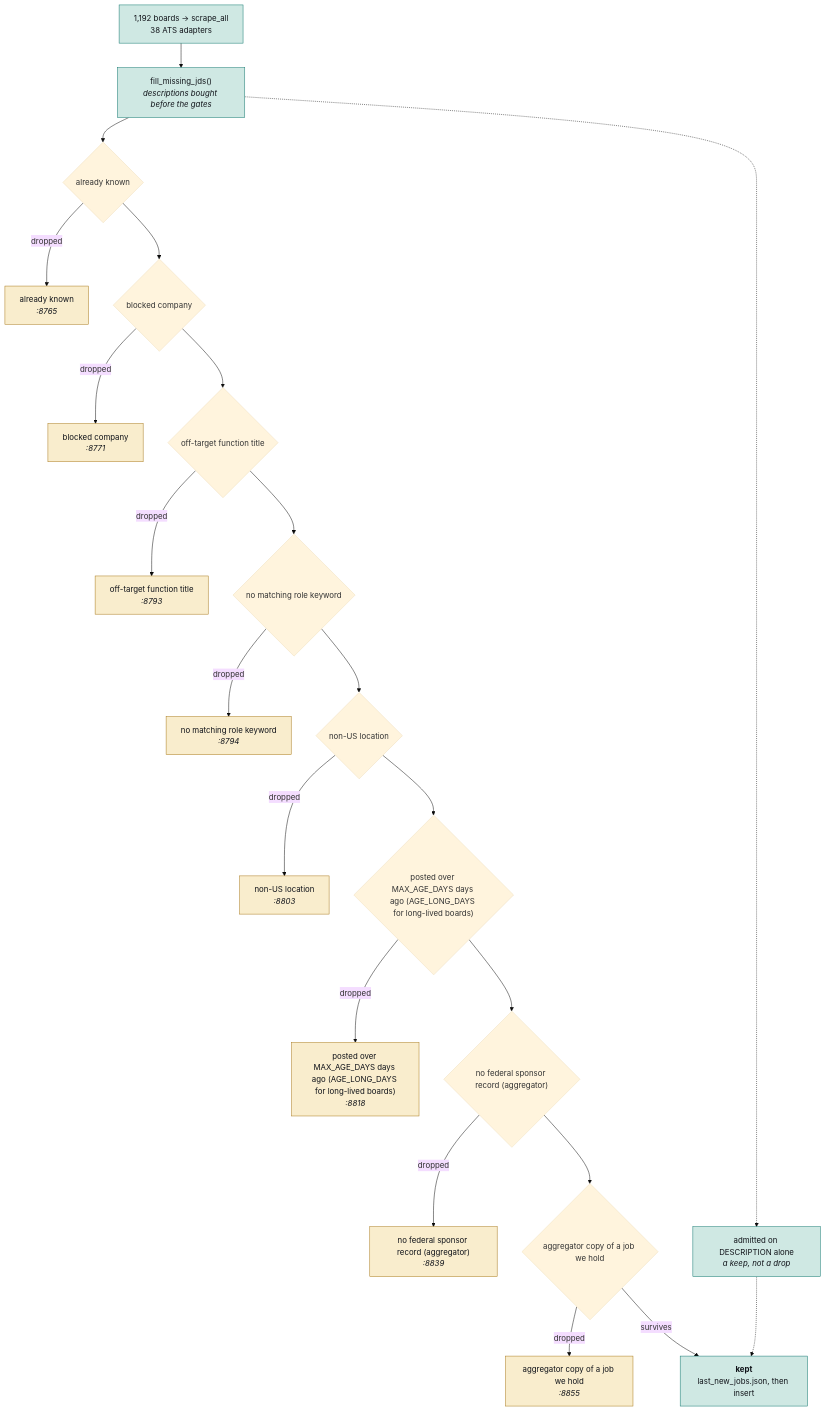
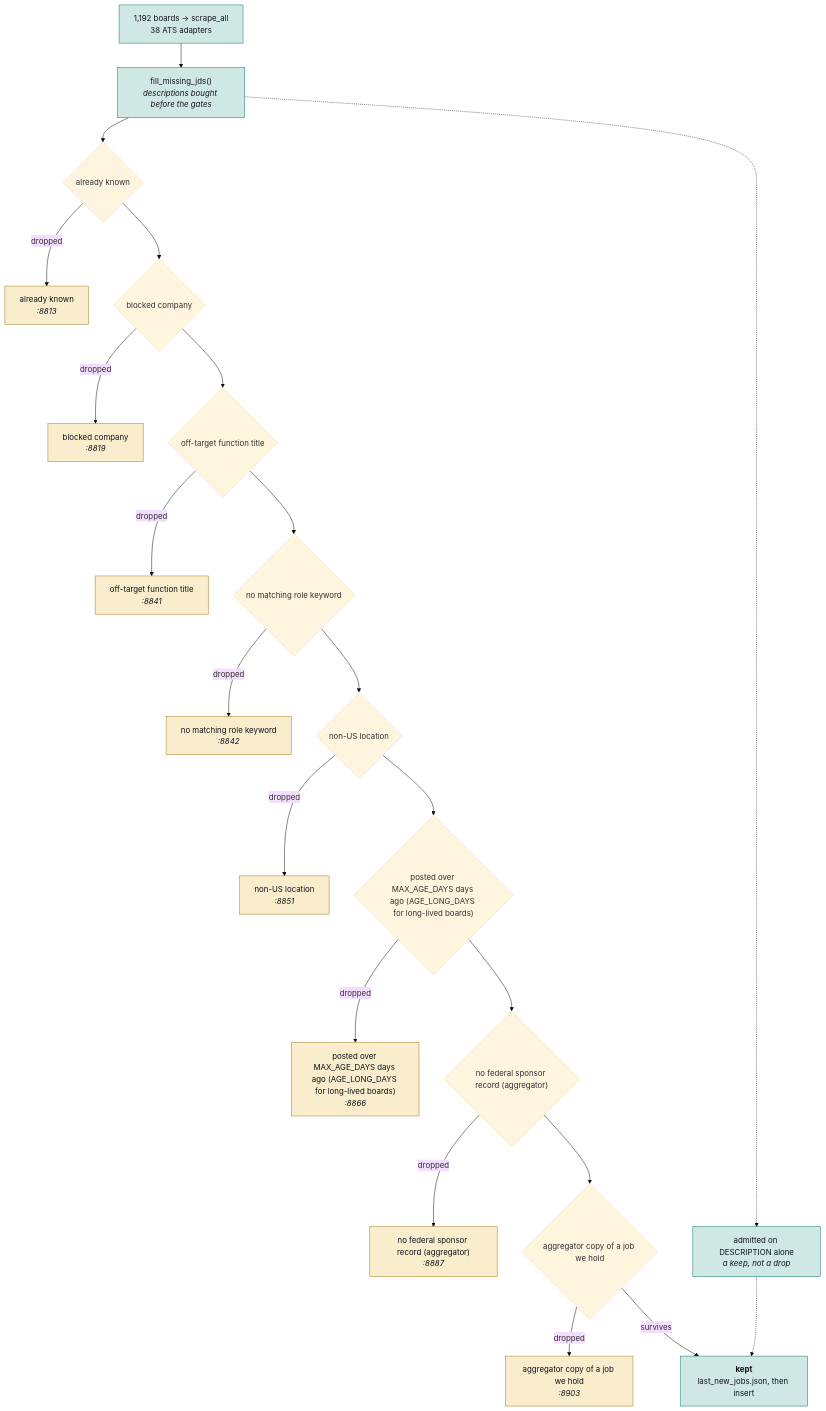
Before and after one commit to hadakunal909-debug/job-search-tool: the second of 4 diagrams in JobMatch Scraper/docs/ARCHITECTURE.md, drawn with Mermaid (base theme). The commit also changed other lines of this file and 6 other files, not shown here.

````diff
--- a/JobMatch Scraper/docs/ARCHITECTURE.md
+++ b/JobMatch Scraper/docs/ARCHITECTURE.md
@@ -106,54 +106,54 @@
 ```mermaid
 flowchart TB
   SRC["1,192 boards → scrape_all<br/>38 ATS adapters"]
   JD["fill_missing_jds()<br/><i>descriptions bought before the gates</i>"]
   SRC --> JD
   G0{"already known"}
-  D0["already known<br/><i>:8765</i>"]
+  D0["already known<br/><i>:8813</i>"]
   JD --> G0
   G0 -->|dropped| D0
   class D0 trap
   G1{"blocked company"}
-  D1["blocked company<br/><i>:8771</i>"]
+  D1["blocked company<br/><i>:8819</i>"]
   G0 --> G1
   G1 -->|dropped| D1
   class D1 trap
   G2{"off-target function title"}
-  D2["off-target function title<br/><i>:8793</i>"]
+  D2["off-target function title<br/><i>:8841</i>"]
   G1 --> G2
   G2 -->|dropped| D2
   class D2 trap
   G3{"no matching role keyword"}
-  D3["no matching role keyword<br/><i>:8794</i>"]
+  D3["no matching role keyword<br/><i>:8842</i>"]
   G2 --> G3
   G3 -->|dropped| D3
   class D3 trap
   G4{"non-US location"}
-  D4["non-US location<br/><i>:8803</i>"]
+  D4["non-US location<br/><i>:8851</i>"]
   G3 --> G4
   G4 -->|dropped| D4
   class D4 trap
   G5{"posted over MAX_AGE_DAYS days ago (AGE_LONG_DAYS for long-lived boards)"}
-  D5["posted over MAX_AGE_DAYS days ago (AGE_LONG_DAYS for long-lived boards)<br/><i>:8818</i>"]
+  D5["posted over MAX_AGE_DAYS days ago (AGE_LONG_DAYS for long-lived boards)<br/><i>:8866</i>"]
   G4 --> G5
   G5 -->|dropped| D5
   class D5 trap
   G6{"no federal sponsor record (aggregator)"}
-  D6["no federal sponsor record (aggregator)<br/><i>:8839</i>"]
+  D6["no federal sponsor record (aggregator)<br/><i>:8887</i>"]
   G5 --> G6
   G6 -->|dropped| D6
   class D6 trap
   G7{"aggregator copy of a job we hold"}
-  D7["aggregator copy of a job we hold<br/><i>:8855</i>"]
+  D7["aggregator copy of a job we hold<br/><i>:8903</i>"]
   G6 --> G7
   G7 -->|dropped| D7
   class D7 trap
   KEEP["<b>kept</b><br/>last_new_jobs.json, then insert"]
   G7 -->|survives| KEEP
   RESCUE["admitted on DESCRIPTION alone<br/><i>a keep, not a drop</i>"]
   JD -.-> RESCUE
   RESCUE -.-> KEEP
   classDef trap fill:#f9edcd,stroke:#a8781a,color:#101319
   classDef sched fill:#cfe8e3,stroke:#0f766e,color:#101319
   class SRC,JD,KEEP,RESCUE sched
 ```
````
